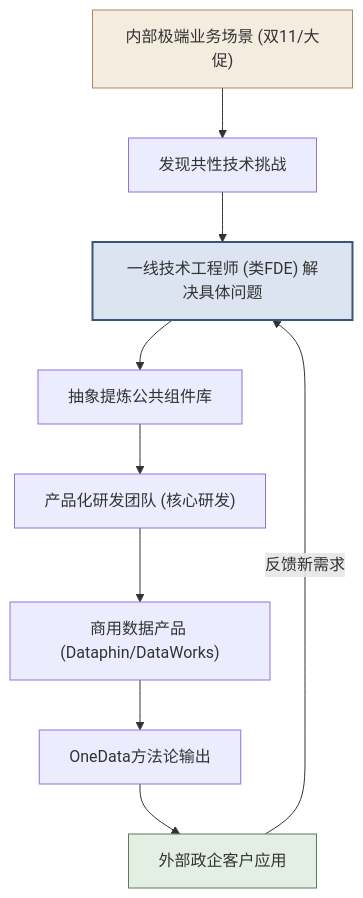
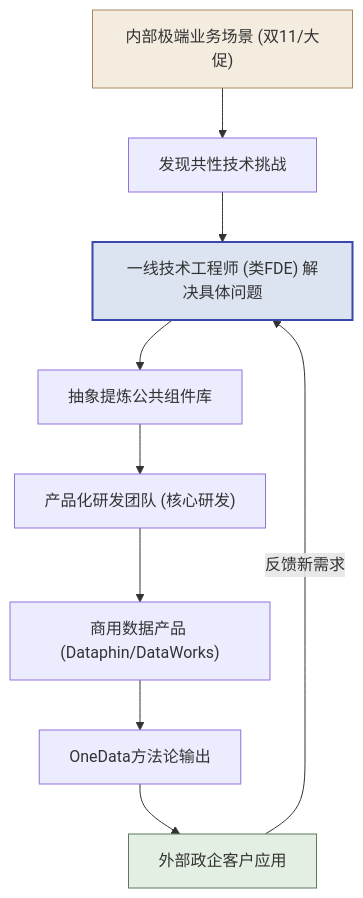
The first of 4 diagrams in textbook/第13章_中国云服务商的FDE实践图谱.md (cloudzun/fde-course), drawn with Mermaid before and after one commit. The commit also changed other lines of this file and 12 other files, not shown here.

Commit message:
style: 全库21张mermaid图规范化——节点ID语义化+品牌色统一+补齐图注，第11章新增反馈环路图

````diff
--- a/textbook/第13章_中国云服务商的FDE实践图谱.md
+++ b/textbook/第13章_中国云服务商的FDE实践图谱.md
@@ -57,15 +57,15 @@
 ```mermaid
 graph TD
-    A["内部极端业务场景 (双11/大促)"] --> B["发现共性技术挑战"]
-    B --> C["一线技术工程师 (类FDE) 解决具体问题"]
-    C --> D["抽象提炼公共组件库"]
-    D --> E["产品化研发团队 (核心研发)"]
-    E --> F["商用数据产品 (Dataphin/DataWorks)"]
-    F --> G["OneData方法论输出"]
-    G --> H["外部政企客户应用"]
-    H -->|反馈新需求| C
+    scene["内部极端业务场景 (双11/大促)"] --> chal["发现共性技术挑战"]
+    chal --> fde["一线技术工程师 (类FDE) 解决具体问题"]
+    fde --> lib["抽象提炼公共组件库"]
+    lib --> prod["产品化研发团队 (核心研发)"]
+    prod --> data["商用数据产品 (Dataphin/DataWorks)"]
+    data --> meth["OneData方法论输出"]
+    meth --> cust["外部政企客户应用"]
+    cust -->|反馈新需求| fde
 
-    style A fill:#f5ece0,stroke:#a8895f
-    style C fill:#dbe4f0,stroke:#3a5578,stroke-width:2px
-    style H fill:#e4efe4,stroke:#5b7a5b
+    style scene fill:#f5ece0,stroke:#a8895f
+    style fde fill:#dbe4f0,stroke:#3949ab,stroke-width:2px
+    style cust fill:#e4efe4,stroke:#5b7a5b
 ```
````
